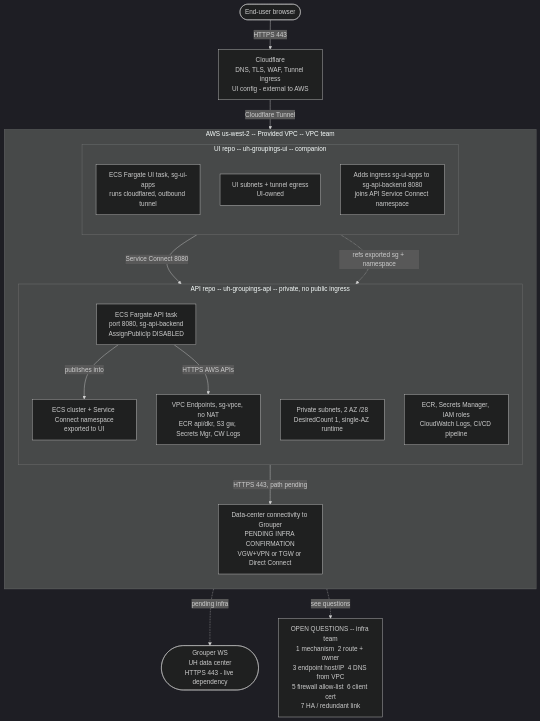
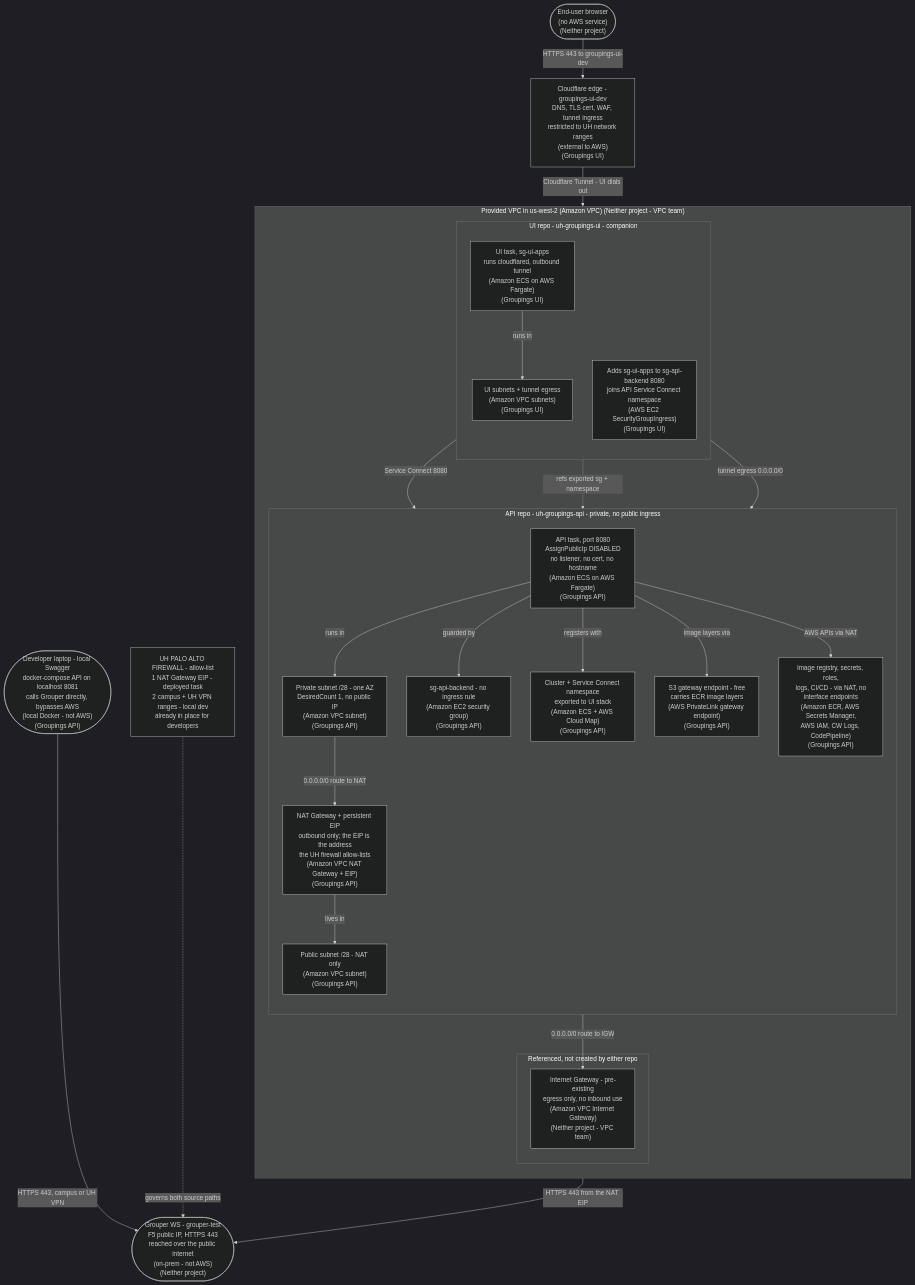
One commit to uhawaii-system-its-ti-iam/uh-groupings-api changed the diagram in aws/docs/aws-architecture.mmd. Above: the diagram before and after it, drawn with Mermaid (dark theme). The commit also changed 16 other files, not shown here.

Commit message:
Work in progress to simplify the architecture

```diff
--- a/aws/docs/aws-architecture.mmd
+++ b/aws/docs/aws-architecture.mmd
@@ -1,40 +1,56 @@
 flowchart TB
 
-    Browser(["End-user browser"])
-    CF["Cloudflare\nDNS, TLS, WAF, Tunnel ingress\nUI config - external to AWS"]
-    Grouper(["Grouper WS\nUH data center\nHTTPS 443 - live dependency"])
+    Browser(["End-user browser<br/>(no AWS service)<br/>(Neither project)"])
+    DEV(["Developer laptop - local Swagger<br/>docker-compose API on localhost 8081<br/>calls Grouper directly, bypasses AWS<br/>(local Docker - not AWS)<br/>(Groupings API)"])
+    CF["Cloudflare edge - groupings-ui-dev<br/>DNS, TLS cert, WAF, tunnel ingress<br/>restricted to UH network ranges<br/>(external to AWS)<br/>(Groupings UI)"]
+    Grouper(["Grouper WS - grouper-test<br/>F5 public IP, HTTPS 443<br/>reached over the public internet<br/>(on-prem - not AWS)<br/>(Neither project)"])
 
-    subgraph VPC["AWS us-west-2 -- Provided VPC -- VPC team"]
+    subgraph VPC["Provided VPC in us-west-2 (Amazon VPC) (Neither project - VPC team)"]
       direction TB
 
-      DCGW["Data-center connectivity to Grouper\nPENDING INFRA CONFIRMATION\nVGW+VPN or TGW or Direct Connect"]
-
-      subgraph APIREPO["API repo -- uh-groupings-api -- private, no public ingress"]
-        direction TB
-        APITASK["ECS Fargate API task\nport 8080, sg-api-backend\nAssignPublicIp DISABLED"]
-        NET["Private subnets, 2 AZ /28\nDesiredCount 1, single-AZ runtime"]
-        VPCE["VPC Endpoints, sg-vpce, no NAT\nECR api/dkr, S3 gw, Secrets Mgr, CW Logs"]
-        CL["ECS cluster + Service Connect namespace\nexported to UI"]
-        SUP["ECR, Secrets Manager, IAM roles\nCloudWatch Logs, CI/CD pipeline"]
+      subgraph VPCTEAM["Referenced, not created by either repo"]
+        IGW["Internet Gateway - pre-existing<br/>egress only, no inbound use<br/>(Amazon VPC Internet Gateway)<br/>(Neither project - VPC team)"]
       end
 
-      subgraph UIREPO["UI repo -- uh-groupings-ui -- companion"]
+      subgraph APIREPO["API repo - uh-groupings-api - private, no public ingress"]
         direction TB
-        UITASK["ECS Fargate UI task, sg-ui-apps\nruns cloudflared, outbound tunnel"]
-        UINET["UI subnets + tunnel egress\nUI-owned"]
-        UIING["Adds ingress sg-ui-apps to sg-api-backend 8080\njoins API Service Connect namespace"]
+        PUBNET["Public subnet /28 - NAT only<br/>(Amazon VPC subnet)<br/>(Groupings API)"]
+        NATGW["NAT Gateway + persistent EIP<br/>outbound only; the EIP is the address<br/>the UH firewall allow-lists<br/>(Amazon VPC NAT Gateway + EIP)<br/>(Groupings API)"]
+        PRIVNET["Private subnet /28 - one AZ<br/>DesiredCount 1, no public IP<br/>(Amazon VPC subnet)<br/>(Groupings API)"]
+        APITASK["API task, port 8080<br/>AssignPublicIp DISABLED<br/>no listener, no cert, no hostname<br/>(Amazon ECS on AWS Fargate)<br/>(Groupings API)"]
+        SGAPI["sg-api-backend - no ingress rule<br/>(Amazon EC2 security group)<br/>(Groupings API)"]
+        CL["Cluster + Service Connect namespace<br/>exported to UI stack<br/>(Amazon ECS + AWS Cloud Map)<br/>(Groupings API)"]
+        S3EP["S3 gateway endpoint - free<br/>carries ECR image layers<br/>(AWS PrivateLink gateway endpoint)<br/>(Groupings API)"]
+        SUP["Image registry, secrets, roles,<br/>logs, CI/CD - via NAT, no<br/>interface endpoints<br/>(Amazon ECR, AWS Secrets Manager,<br/>AWS IAM, CW Logs, CodePipeline)<br/>(Groupings API)"]
+      end
+
+      subgraph UIREPO["UI repo - uh-groupings-ui - companion"]
+        direction TB
+        UITASK["UI task, sg-ui-apps<br/>runs cloudflared, outbound tunnel<br/>(Amazon ECS on AWS Fargate)<br/>(Groupings UI)"]
+        UINET["UI subnets + tunnel egress<br/>(Amazon VPC subnets)<br/>(Groupings UI)"]
+        UIING["Adds sg-ui-apps to sg-api-backend 8080<br/>joins API Service Connect namespace<br/>(AWS EC2 SecurityGroupIngress)<br/>(Groupings UI)"]
       end
     end
 
-    OPENQ["OPEN QUESTIONS -- infra team\n1 mechanism  2 route + owner\n3 endpoint host/IP  4 DNS from VPC\n5 firewall allow-list  6 client cert\n7 HA / redundant link"]
+    FWNOTE["UH PALO ALTO FIREWALL - allow-list<br/>1 NAT Gateway EIP - deployed task<br/>2 campus + UH VPN ranges - local dev<br/>already in place for developers"]
 
-    Browser -->|"HTTPS 443"| CF
-    CF -->|"Cloudflare Tunnel"| UITASK
+    Browser -->|"HTTPS 443 to groupings-ui-dev"| CF
+    CF -->|"Cloudflare Tunnel - UI dials out"| UITASK
     UITASK -->|"Service Connect 8080"| APITASK
     UIING -.->|"refs exported sg + namespace"| APITASK
 
-    APITASK -->|"publishes into"| CL
-    APITASK -->|"HTTPS AWS APIs"| VPCE
-    APITASK -->|"HTTPS 443, path pending"| DCGW
-    DCGW -.->|"pending infra"| Grouper
-    DCGW -.->|"see questions"| OPENQ
+    APITASK -->|"runs in"| PRIVNET
+    APITASK -->|"guarded by"| SGAPI
+    APITASK -->|"registers with"| CL
+    APITASK -->|"image layers via"| S3EP
+    APITASK -->|"AWS APIs via NAT"| SUP
+    PRIVNET -->|"0.0.0.0/0 route to NAT"| NATGW
+    NATGW -->|"lives in"| PUBNET
+    NATGW -->|"0.0.0.0/0 route to IGW"| IGW
+    IGW -->|"HTTPS 443 from the NAT EIP"| Grouper
+
+    UITASK -->|"runs in"| UINET
+    UINET -->|"tunnel egress 0.0.0.0/0"| NATGW
+
+    DEV -->|"HTTPS 443, campus or UH VPN"| Grouper
+    FWNOTE -.->|"governs both source paths"| Grouper
```
